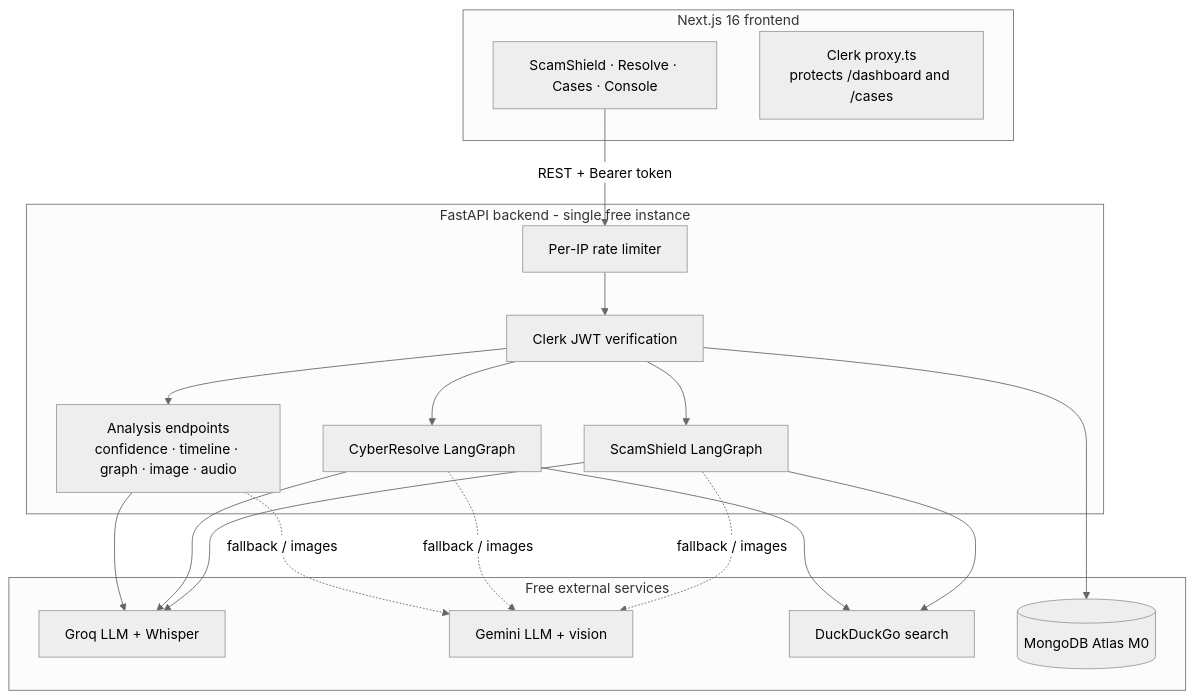
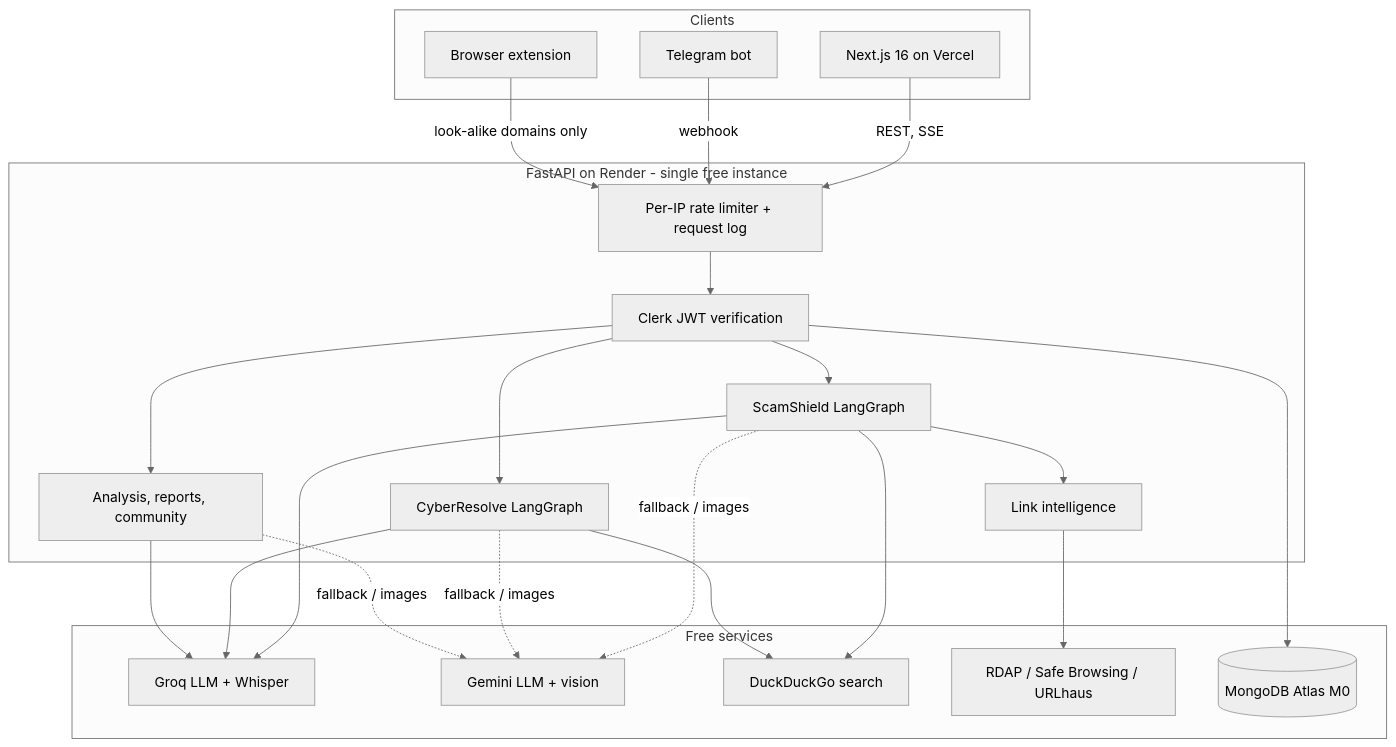
The diagram in README.md (TechNxt05/CyberGuard), drawn with Mermaid (neutral theme) before and after one commit. The commit also changed other lines of this file and 56 other files, not shown here.

Commit message:
feat: add browser extension, telegram bot, URL check, i18n, and community reporting

````diff
--- a/README.md
+++ b/README.md
@@ -35,29 +52,35 @@
 ```mermaid
 graph TD
-    subgraph Vercel [Next.js 16 frontend]
-        Pages[ScamShield · Resolve · Cases · Console]
-        Proxy[Clerk proxy.ts<br/>protects /dashboard and /cases]
+    subgraph Clients
+        Web[Next.js 16 on Vercel]
+        TG[Telegram bot]
+        Ext[Browser extension]
     end
 
-    subgraph Render [FastAPI backend - single free instance]
-        RL[Per-IP rate limiter]
+    subgraph Render [FastAPI on Render - single free instance]
+        RL[Per-IP rate limiter + request log]
         Auth[Clerk JWT verification]
         SS[ScamShield LangGraph]
         CR[CyberResolve LangGraph]
-        AN[Analysis endpoints<br/>confidence · timeline · graph · image · audio]
+        URL[Link intelligence]
+        AN[Analysis, reports, community]
     end
 
-    subgraph External [Free external services]
+    subgraph Free services
         Groq[Groq LLM + Whisper]
         Gemini[Gemini LLM + vision]
         DDG[DuckDuckGo search]
+        RDAP[RDAP / Safe Browsing / URLhaus]
         Mongo[(MongoDB Atlas M0)]
     end
 
-    Pages -->|REST + Bearer token| RL --> Auth
-    Auth --> SS & CR & AN
+    Web -->|REST, SSE| RL
+    TG -->|webhook| RL
+    Ext -->|look-alike domains only| RL
+    RL --> Auth --> SS & CR & AN
+    SS --> URL --> RDAP
     SS & CR & AN --> Groq
     SS & CR & AN -.fallback / images.-> Gemini
     SS & CR --> DDG
     Auth --> Mongo
 ```
````
